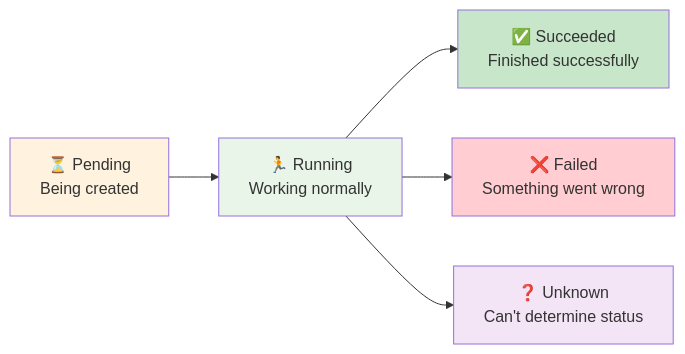
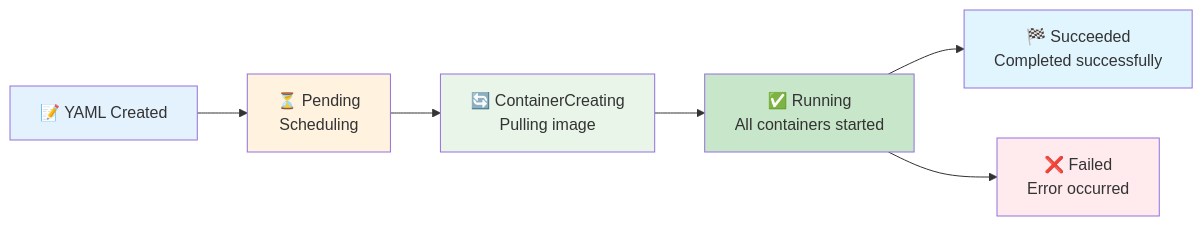
Before and after one commit to manikcloud/cloud-devops-learning-path: the second of 2 diagrams in Section-2-DevOps/Session-7_Kubernetes/02-basics/README.md, drawn with Mermaid. The commit also changed other lines of this file, not shown here.

First line of the commit message:
Create comprehensive step-by-step pod YAML writing guide

````diff
--- a/Section-2-DevOps/Session-7_Kubernetes/02-basics/README.md
+++ b/Section-2-DevOps/Session-7_Kubernetes/02-basics/README.md
@@ -59,13 +507,15 @@
 ```mermaid
 graph LR
-    A[⏳ Pending<br/>Being created] --> B[🏃 Running<br/>Working normally]
-    B --> C[✅ Succeeded<br/>Finished successfully]
-    B --> D[❌ Failed<br/>Something went wrong]
-    B --> E[❓ Unknown<br/>Can't determine status]
+    A[📝 YAML Created] --> B[⏳ Pending<br/>Scheduling]
+    B --> C[🔄 ContainerCreating<br/>Pulling image]
+    C --> D[✅ Running<br/>All containers started]
+    D --> E[🏁 Succeeded<br/>Completed successfully]
+    D --> F[❌ Failed<br/>Error occurred]
     
-    style A fill:#fff3e0
-    style B fill:#e8f5e8
-    style C fill:#c8e6c9
-    style D fill:#ffcdd2
-    style E fill:#f3e5f5
+    style A fill:#e3f2fd
+    style B fill:#fff3e0
+    style C fill:#e8f5e8
+    style D fill:#c8e6c9
+    style E fill:#e1f5fe
+    style F fill:#ffebee
 ```
````
